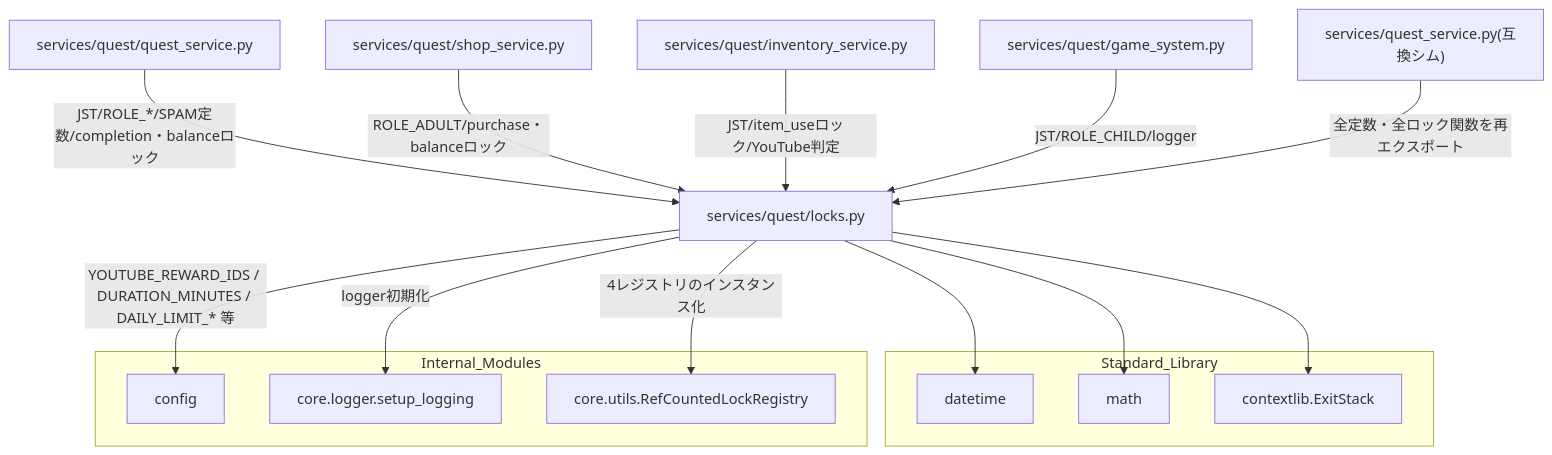
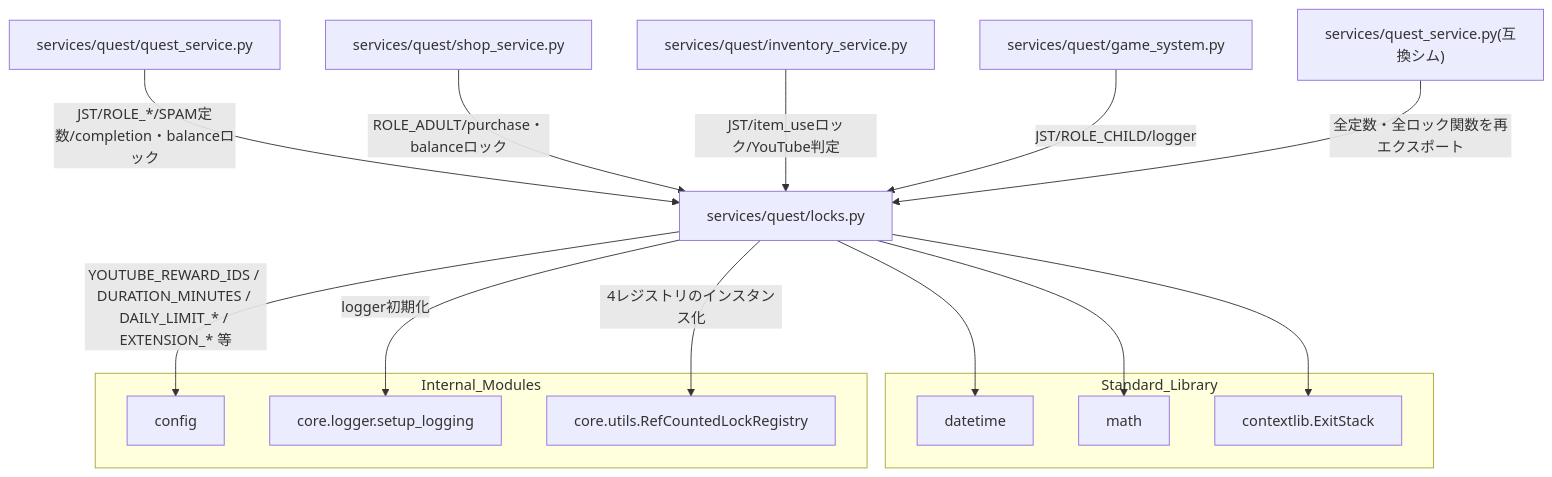
Before and after one commit to mmtigers/my_python_project: the second of 2 diagrams in docs/specifications/MY_HOME_SYSTEM/quest_locks.md, drawn with Mermaid. The commit also changed other lines of this file and 6 other files, not shown here.

````diff
--- a/docs/specifications/MY_HOME_SYSTEM/quest_locks.md
+++ b/docs/specifications/MY_HOME_SYSTEM/quest_locks.md
@@ -303,29 +385,29 @@
 ```mermaid
 graph TD
     Locks["services/quest/locks.py"]
 
     subgraph Standard_Library
         DatetimeMod["datetime"]
         MathMod["math"]
         ExitStackMod["contextlib.ExitStack"]
     end
 
     subgraph Internal_Modules
         ConfigMod["config"]
         SetupLogging["core.logger.setup_logging"]
         RefCountedLockRegistryClass["core.utils.RefCountedLockRegistry"]
     end
 
     Locks --> DatetimeMod
     Locks --> MathMod
     Locks --> ExitStackMod
-    Locks -->|"YOUTUBE_REWARD_IDS / DURATION_MINUTES / DAILY_LIMIT_* 等"| ConfigMod
+    Locks -->|"YOUTUBE_REWARD_IDS / DURATION_MINUTES / DAILY_LIMIT_* / EXTENSION_* 等"| ConfigMod
     Locks -->|"logger初期化"| SetupLogging
     Locks -->|"4レジストリのインスタンス化"| RefCountedLockRegistryClass
 
     QuestServiceFile["services/quest/quest_service.py"] -->|"JST/ROLE_*/SPAM定数/completion・balanceロック"| Locks
     ShopServiceFile["services/quest/shop_service.py"] -->|"ROLE_ADULT/purchase・balanceロック"| Locks
     InventoryServiceFile["services/quest/inventory_service.py"] -->|"JST/item_useロック/YouTube判定"| Locks
     GameSystemFile["services/quest/game_system.py"] -->|"JST/ROLE_CHILD/logger"| Locks
     ShimFile["services/quest_service.py(互換シム)"] -->|"全定数・全ロック関数を再エクスポート"| Locks
 ```
````
